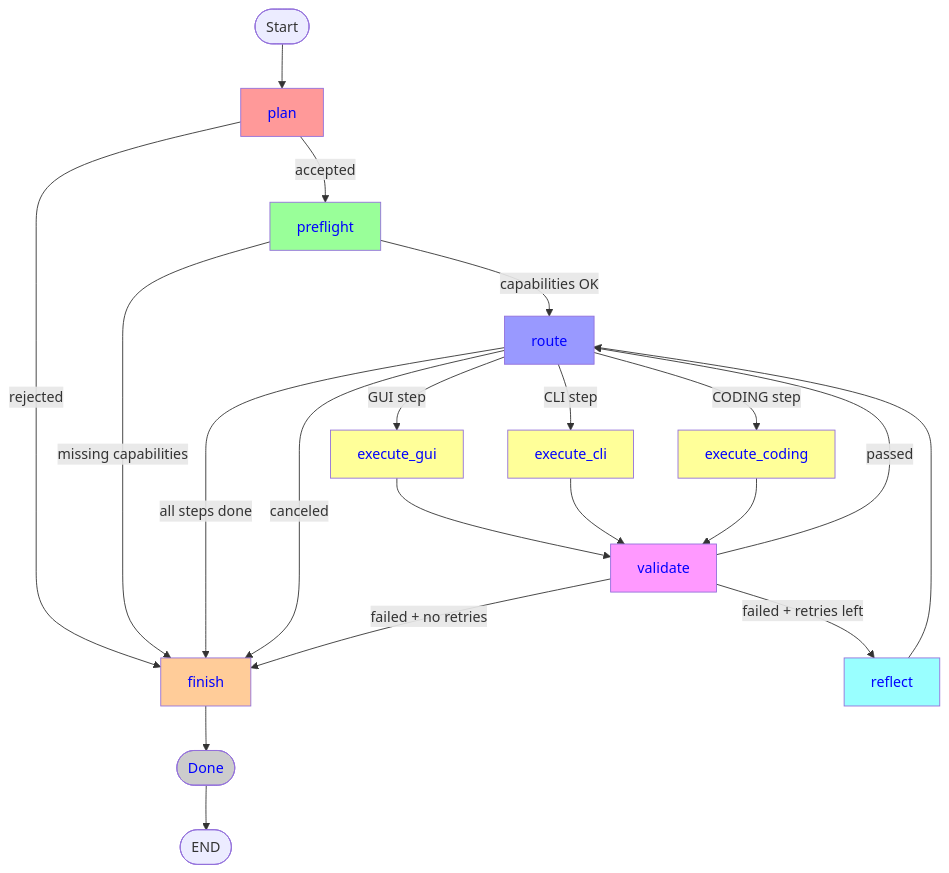
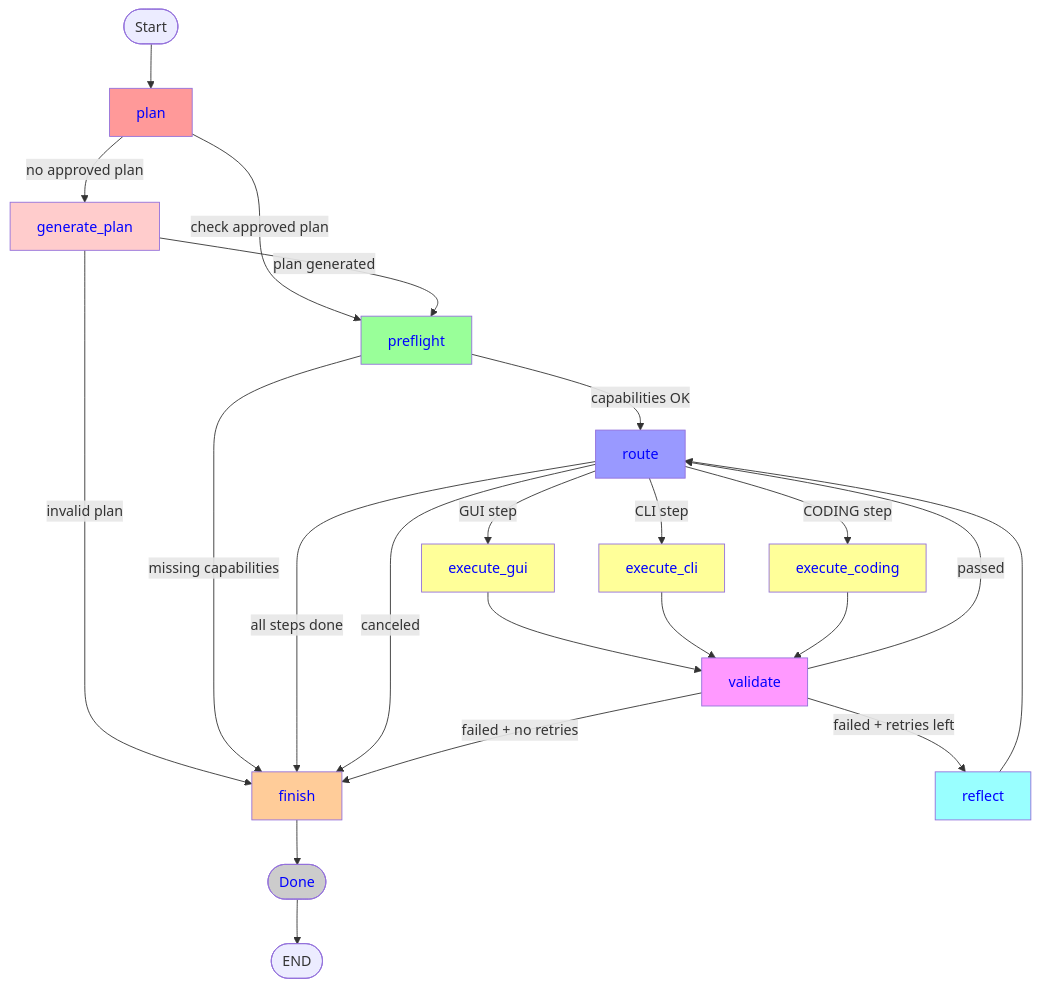
One commit to viethoangdinh0926/qa-engineer changed the second of 2 diagrams in README.md. Above: the diagram before and after it, drawn with Mermaid. The commit also changed other lines of this file and 6 other files, not shown here.

````diff
--- a/README.md
+++ b/README.md
@@ -95,33 +114,36 @@
 ```mermaid
 graph TD
     Start([Start]) --> plan
-    plan -->|accepted| preflight
-    plan -->|rejected| finish
+    plan -->|check approved plan| preflight
+    plan -->|no approved plan| generate_plan
+    generate_plan -->|plan generated| preflight
+    generate_plan -->|invalid plan| finish
     preflight -->|capabilities OK| route
     preflight -->|missing capabilities| finish
     route -->|GUI step| execute_gui
     route -->|CLI step| execute_cli
     route -->|CODING step| execute_coding
     route -->|all steps done| finish
     route -->|canceled| finish
     execute_gui --> validate
     execute_cli --> validate
     execute_coding --> validate
     validate -->|passed| route
     validate -->|failed + retries left| reflect
     validate -->|failed + no retries| finish
     reflect --> route
     finish --> done([Done])
     done --> END([END])
 
     style plan fill:#ff9999,color:#0000ff
+    style generate_plan fill:#ffcccc,color:#0000ff
     style preflight fill:#99ff99,color:#0000ff
     style route fill:#9999ff,color:#0000ff
     style execute_gui fill:#ffff99,color:#0000ff
     style execute_cli fill:#ffff99,color:#0000ff
     style execute_coding fill:#ffff99,color:#0000ff
     style validate fill:#ff99ff,color:#0000ff
     style reflect fill:#99ffff,color:#0000ff
     style finish fill:#ffcc99,color:#0000ff
     style done fill:#cccccc,color:#0000ff
 ```
````
